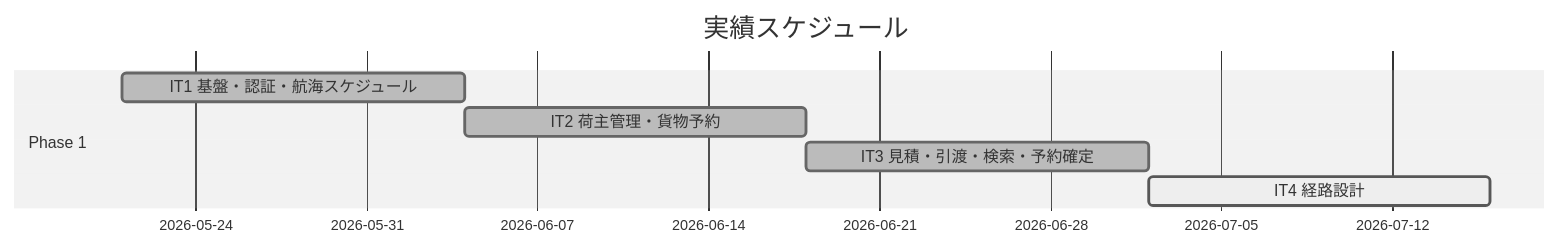
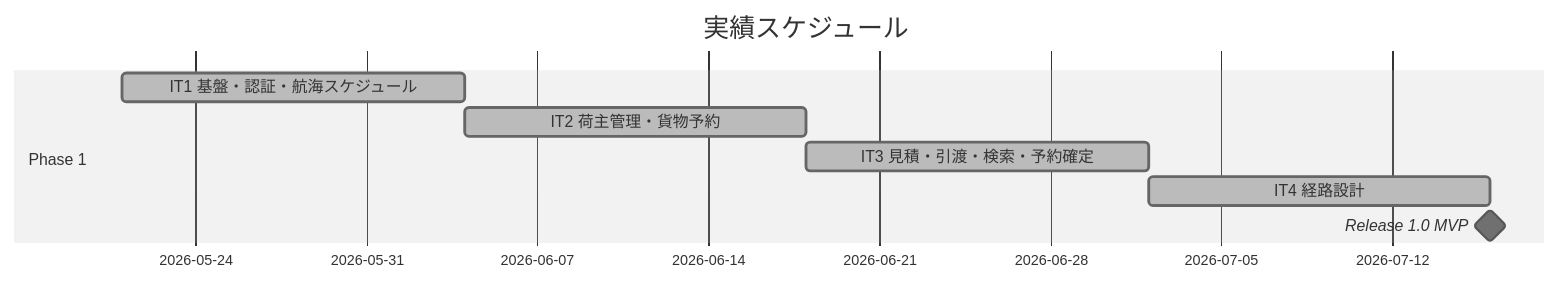
The second of 3 diagrams in docs/development/release_plan.md (k2works/case-study-cargo-tracker), drawn with Mermaid (neutral theme) before and after one commit. The commit also changed other lines of this file and 6 other files, not shown here.

````diff
--- a/docs/development/release_plan.md
+++ b/docs/development/release_plan.md
@@ -148,10 +148,11 @@
 ```mermaid
 gantt
     title 実績スケジュール
     dateFormat  YYYY-MM-DD
     section Phase 1
     IT1 基盤・認証・航海スケジュール   :done, a1, 2026-05-21, 14d
     IT2 荷主管理・貨物予約             :done, a2, after a1, 14d
     IT3 見積・引渡・検索・予約確定     :done, a3, after a2, 14d
-    IT4 経路設計                        :active, a4, after a3, 14d
+    IT4 経路設計                        :done, a4, after a3, 14d
+    Release 1.0 MVP                     :milestone, m1, after a4, 0d
 ```
````
